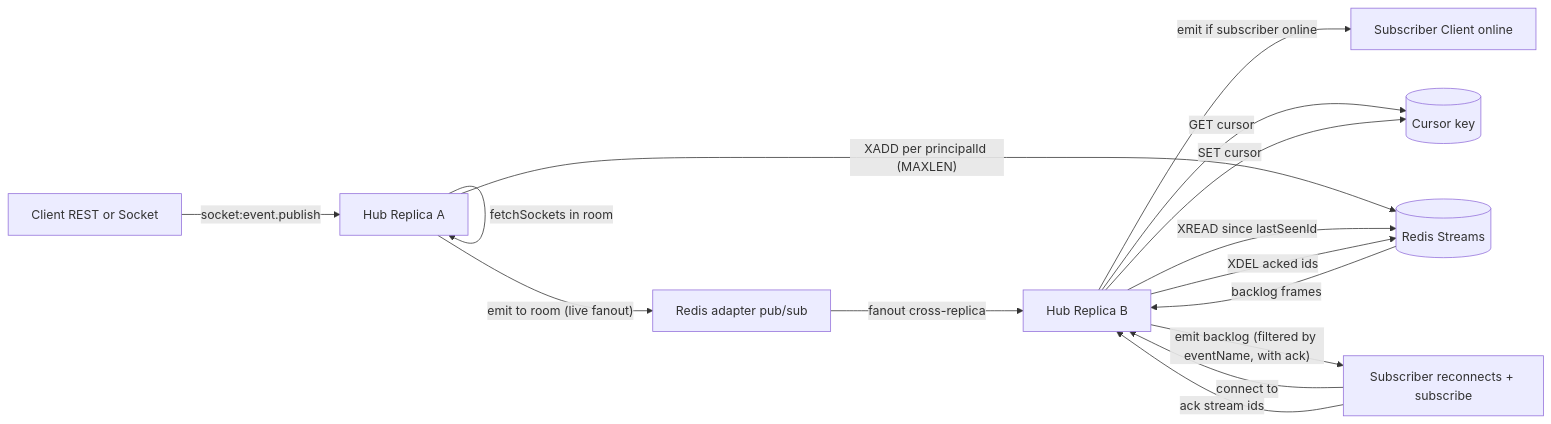
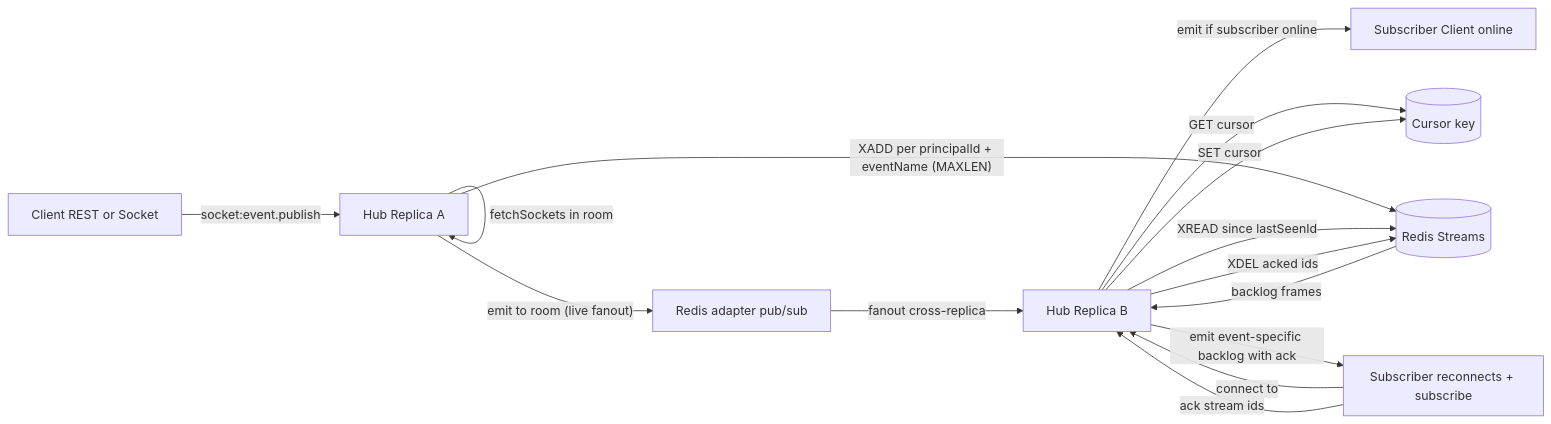
Before and after one commit to cesar-carlos/plug_server: the diagram in docs/infrastructure/redis_streams_agent_backlog.md, drawn with Mermaid. The commit also changed other lines of this file and 33 other files, not shown here.

````diff
--- a/docs/infrastructure/redis_streams_agent_backlog.md
+++ b/docs/infrastructure/redis_streams_agent_backlog.md
@@ -94,17 +105,17 @@
 ```mermaid
 flowchart LR
     Publisher[Client REST or Socket] -->|"socket:event.publish"| HubA[Hub Replica A]
     HubA -->|"fetchSockets in room"| HubA
     HubA -->|"emit to room (live fanout)"| Adapter[Redis adapter pub/sub]
-    HubA -->|"XADD per principalId (MAXLEN)"| Streams[(Redis Streams)]
+    HubA -->|"XADD per principalId + eventName (MAXLEN)"| Streams[(Redis Streams)]
     Adapter -->|"fanout cross-replica"| HubB[Hub Replica B]
     HubB -->|emit if subscriber online| Subscriber[Subscriber Client online]
     Reconnect[Subscriber reconnects + subscribe] -->|connect to| HubB
     HubB -->|GET cursor| Cursor[(Cursor key)]
     HubB -->|"XREAD since lastSeenId"| Streams
     Streams -->|backlog frames| HubB
-    HubB -->|"emit backlog (filtered by eventName, with ack)"| Reconnect
+    HubB -->|"emit event-specific backlog with ack"| Reconnect
     Reconnect -->|ack stream ids| HubB
     HubB -->|SET cursor| Cursor
     HubB -->|"XDEL acked ids"| Streams
 ```
````
